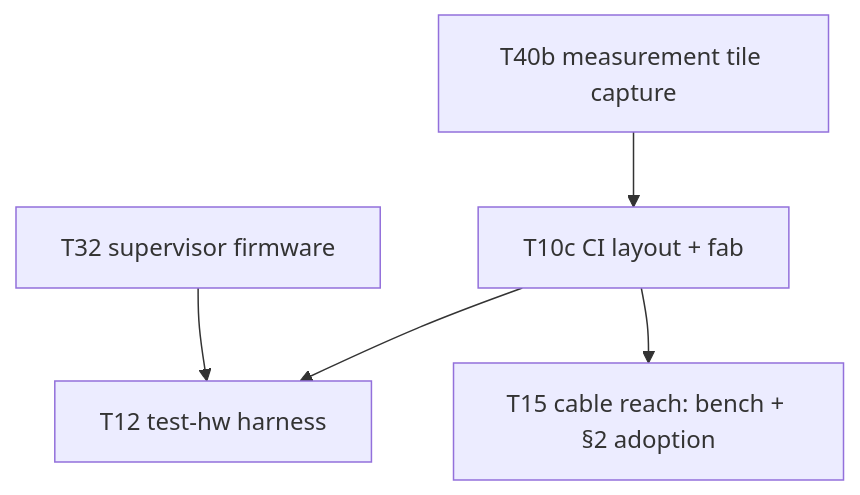
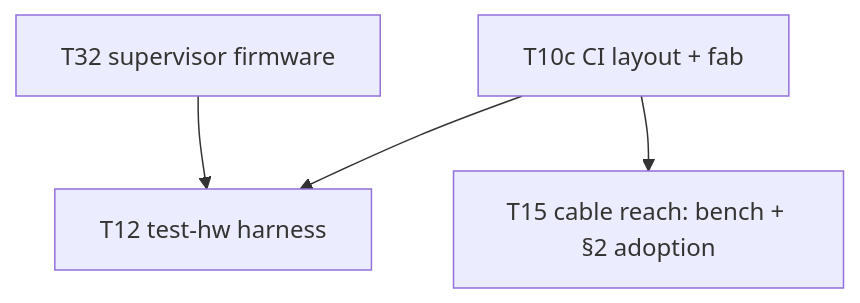
The diagram in KANBAN.md (kristofferkoch/oparroy), drawn with Mermaid before and after one commit. The commit also changed other lines of this file and 5 other files, not shown here.

First line of the commit message:
docs: settle the measurement tile capture; ship its card

````diff
--- a/KANBAN.md
+++ b/KANBAN.md
@@ -34,7 +34,6 @@
 ```mermaid
 graph TD
-    T40b[T40b measurement tile capture] --> T10c[T10c CI layout + fab]
-    T10c --> T12[T12 test-hw harness]
+    T10c[T10c CI layout + fab] --> T12[T12 test-hw harness]
     T10c --> T15[T15 cable reach: bench + §2 adoption]
     T32[T32 supervisor firmware] --> T12
 ```
````
